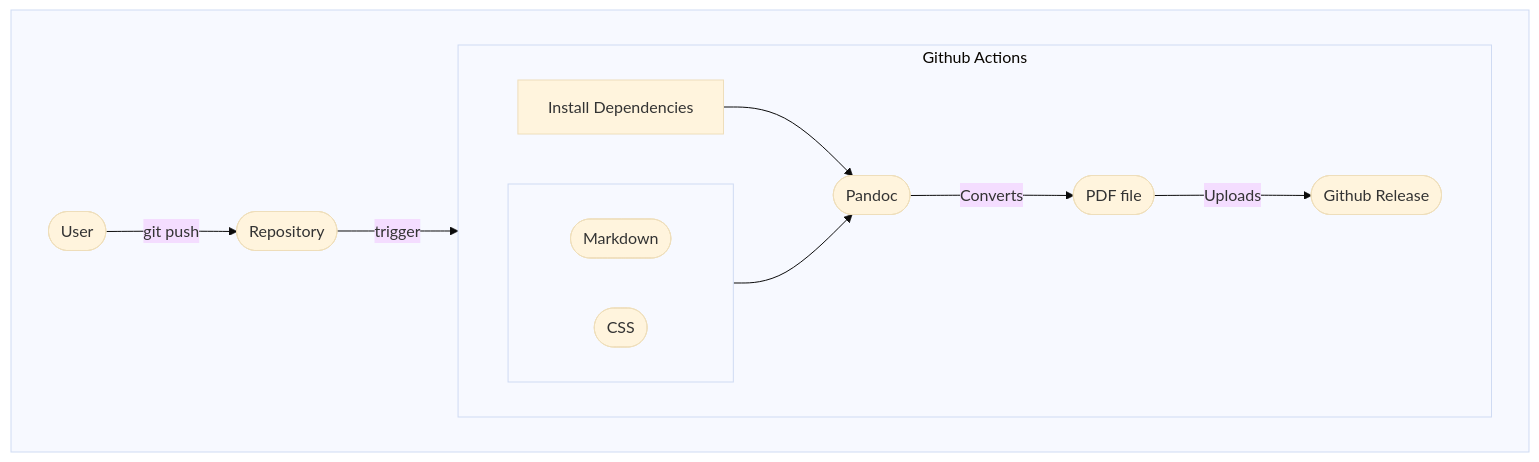
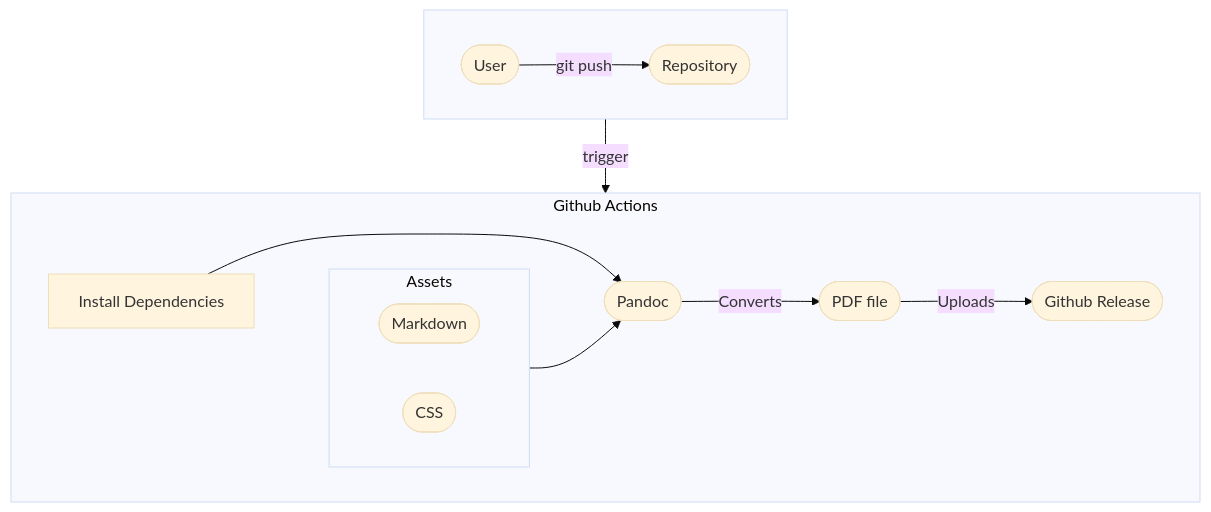
One commit to ShaharNaveh/ShaharNaveh.github.io changed the diagram in content/blog/cicd-your-resume/index.md. Above: the diagram before and after it, drawn with Mermaid (base theme).

````diff
--- a/content/blog/cicd-your-resume/index.md
+++ b/content/blog/cicd-your-resume/index.md
@@ -17,32 +17,41 @@
 ```mermaid
 flowchart TD
   user([User])
   repository([Repository])
   action([Github Action])
   dependencies["Install Dependencies"]
   pandoc([Pandoc])
   markdown([Markdown])
   css([CSS])
   pdf([PDF file])
   release([Github Release])
 
   subgraph push [" "]
   %% direction LR
     user-- git push -->repository
-    repository-- trigger -->action
+    %%repository-- trigger -->action
   end
-
+ push-- trigger -->action
   subgraph action [Github Actions]
   %% direction TD
     dependencies-->pandoc
-    assets-->pandoc
+    dependencies ~~~ assets
+  %%  dependencies ~~~ markdown & css
+  %%  markdown & css-->pandoc
+   %% markdown & css ~~~ pdf
+   %% css-->pandoc
+   %% assets ~~~ pdf
+   %% assets-->pandoc
     pandoc-- Converts -->pdf
     pdf-- Uploads -->release
   end
 
-  subgraph assets [" "]
-  %% direction LR
-    markdown
-    css
+  subgraph assets [Assets]
+  %%direction LR
+  %%  markdown
+   %%css
+  %% markdown & css --> pandoc
+markdown & css
   end
+assets-->pandoc
 ```
````
